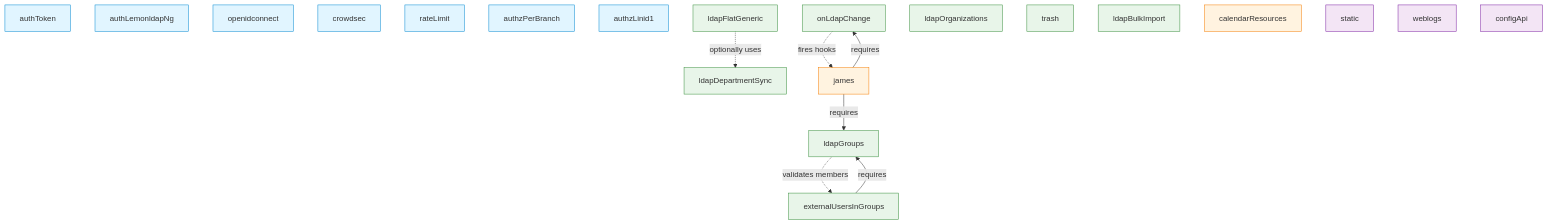
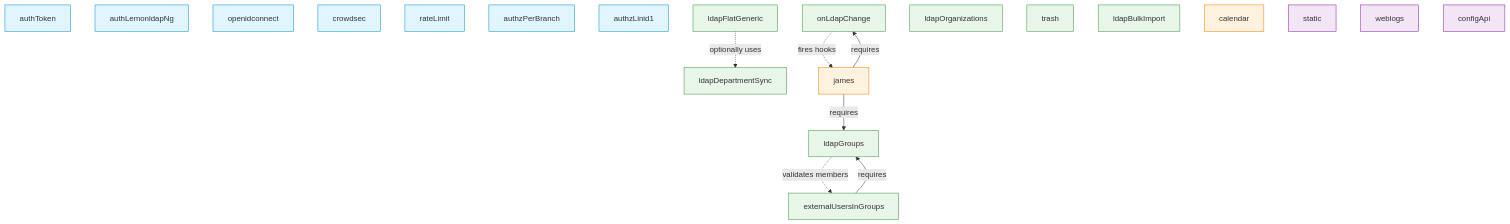
Before and after one commit to linagora/ldap-rest: the diagram in docs/plugin-development/dependencies.md, drawn with Mermaid. The commit also changed other lines of this file and 14 other files, not shown here.

First line of the commit message:
refactor(twake): rename calendarResources plugin to calendar

````diff
--- a/docs/plugin-development/dependencies.md
+++ b/docs/plugin-development/dependencies.md
@@ -446,51 +448,51 @@
 ```mermaid
 graph TB
     %% Authentication plugins
     authToken[authToken]
     authLLNG[authLemonldapNg]
     openidconnect[openidconnect]
     crowdsec[crowdsec]
     rateLimit[rateLimit]
     authzPerBranch[authzPerBranch]
     authzLinid1[authzLinid1]
 
     %% LDAP Core
     onChange[onLdapChange]
     flatGeneric[ldapFlatGeneric]
     groups[ldapGroups]
     organizations[ldapOrganizations]
     departmentSync[ldapDepartmentSync]
     externalUsers[externalUsersInGroups]
     trash[trash]
     bulkImport[ldapBulkImport]
 
     %% Twake Integration
     james[james]
-    calendar[calendarResources]
+    calendar[calendar]
 
     %% Utility
     static[static]
     weblogs[weblogs]
     configApi[configApi]
 
     %% Explicit dependencies
     james -->|requires| onChange
     james -->|requires| groups
     externalUsers -->|requires| groups
     flatGeneric -.->|optionally uses| departmentSync
 
     %% Hook dependencies (major ones)
     onChange -.->|fires hooks| james
     groups -.->|validates members| externalUsers
 
     %% Styling
     classDef auth fill:#e1f5ff,stroke:#0288d1
     classDef ldap fill:#e8f5e9,stroke:#388e3c
     classDef twake fill:#fff3e0,stroke:#f57c00
     classDef util fill:#f3e5f5,stroke:#7b1fa2
 
     class authToken,authLLNG,openidconnect,crowdsec,rateLimit,authzPerBranch,authzLinid1 auth
     class onChange,flatGeneric,groups,organizations,departmentSync,externalUsers,trash,bulkImport ldap
     class james,calendar twake
     class static,weblogs,configApi util
 ```
````
